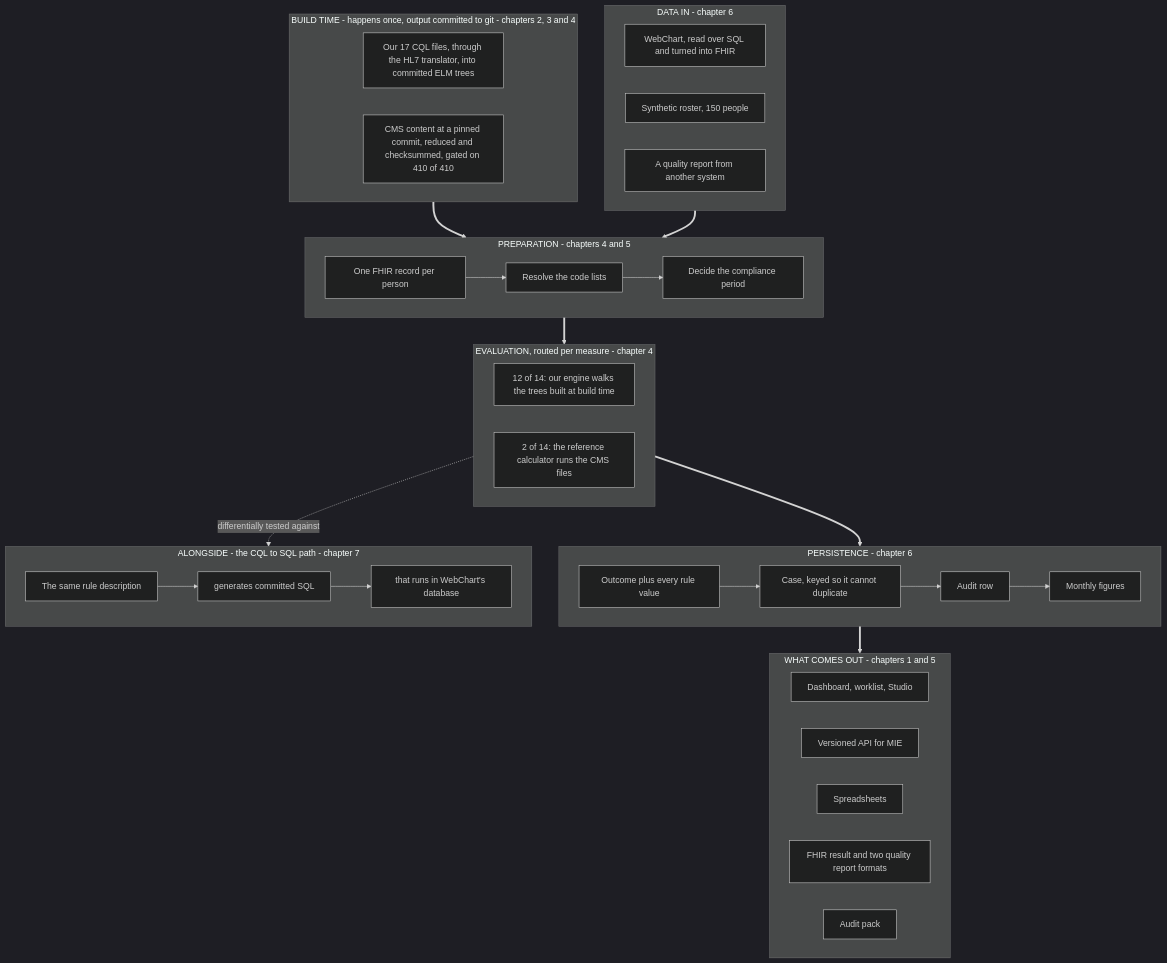
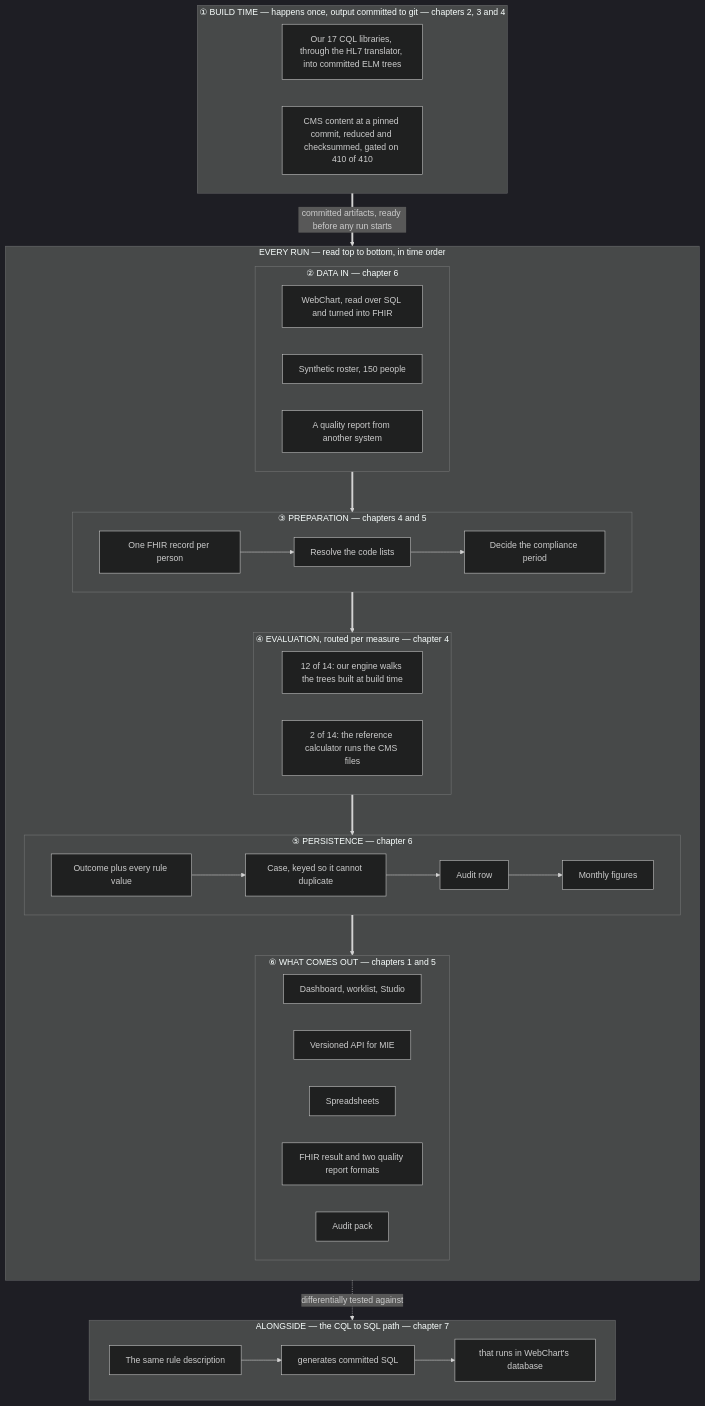
The diagram in docs/guide/README.md (Taleef7/workwell), drawn with Mermaid (dark theme) before and after one commit. The commit also changed other lines of this file and 11 other files, not shown here.

First line of the commit message:
docs(guide): scenarios chapter, chronological one-pager, numbers audit (#457)

````diff
--- a/docs/guide/README.md
+++ b/docs/guide/README.md
@@ -36,43 +38,48 @@
 ```mermaid
 flowchart TB
-  subgraph BUILD["BUILD TIME - happens once, output committed to git - chapters 2, 3 and 4"]
+  subgraph ONCE["① BUILD TIME — happens once, output committed to git — chapters 2, 3 and 4"]
     direction LR
-    C1["Our 17 CQL files, through the HL7 translator, into committed ELM trees"]
+    C1["Our 17 CQL libraries, through the HL7 translator, into committed ELM trees"]
     V1["CMS content at a pinned commit, reduced and checksummed, gated on 410 of 410"]
   end
-  subgraph DATA["DATA IN - chapter 6"]
-    direction LR
-    D1["WebChart, read over SQL and turned into FHIR"]
-    D2["Synthetic roster, 150 people"]
-    D3["A quality report from another system"]
+  subgraph EVERYRUN["EVERY RUN — read top to bottom, in time order"]
+    direction TB
+    subgraph DATA["② DATA IN — chapter 6"]
+      direction LR
+      D1["WebChart, read over SQL and turned into FHIR"]
+      D2["Synthetic roster, 150 people"]
+      D3["A quality report from another system"]
+    end
+    subgraph PREP["③ PREPARATION — chapters 4 and 5"]
+      direction LR
+      P1["One FHIR record per person"] --> P2["Resolve the code lists"] --> P3["Decide the compliance period"]
+    end
+    subgraph RUNBOX["④ EVALUATION, routed per measure — chapter 4"]
+      direction LR
+      R1["12 of 14: our engine walks the trees built at build time"]
+      R2["2 of 14: the reference calculator runs the CMS files"]
+    end
+    subgraph SAVE["⑤ PERSISTENCE — chapter 6"]
+      direction LR
+      S1["Outcome plus every rule value"] --> S2["Case, keyed so it cannot duplicate"] --> S3["Audit row"] --> S4["Monthly figures"]
+    end
+    subgraph OUTBOX["⑥ WHAT COMES OUT — chapters 1 and 5"]
+      direction LR
+      O1["Dashboard, worklist, Studio"]
+      O2["Versioned API for MIE"]
+      O3["Spreadsheets"]
+      O4["FHIR result and two quality report formats"]
+      O5["Audit pack"]
+    end
+    DATA ==> PREP
+    PREP ==> RUNBOX
+    RUNBOX ==> SAVE
+    SAVE ==> OUTBOX
   end
-  subgraph PREP["PREPARATION - chapters 4 and 5"]
-    direction LR
-    P1["One FHIR record per person"] --> P2["Resolve the code lists"] --> P3["Decide the compliance period"]
-  end
-  subgraph RUNBOX["EVALUATION, routed per measure - chapter 4"]
-    direction LR
-    R1["12 of 14: our engine walks the trees built at build time"]
-    R2["2 of 14: the reference calculator runs the CMS files"]
-  end
-  subgraph SAVE["PERSISTENCE - chapter 6"]
-    direction LR
-    S1["Outcome plus every rule value"] --> S2["Case, keyed so it cannot duplicate"] --> S3["Audit row"] --> S4["Monthly figures"]
-  end
-  subgraph OUTBOX["WHAT COMES OUT - chapters 1 and 5"]
-    direction LR
-    O1["Dashboard, worklist, Studio"]
-    O2["Versioned API for MIE"]
-    O3["Spreadsheets"]
-    O4["FHIR result and two quality report formats"]
-    O5["Audit pack"]
-  end
-  subgraph SQLPATH["ALONGSIDE - the CQL to SQL path - chapter 7"]
+  subgraph SQLPATH["ALONGSIDE — the CQL to SQL path — chapter 7"]
     direction LR
     G1["The same rule description"] --> G2["generates committed SQL"] --> G3["that runs in WebChart's database"]
   end
-  BUILD ==> PREP
-  DATA ==> PREP
-  PREP ==> RUNBOX ==> SAVE ==> OUTBOX
+  ONCE ==>|"committed artifacts, ready before any run starts"| EVERYRUN
   RUNBOX -. "differentially tested against" .-> SQLPATH
 ```
````
